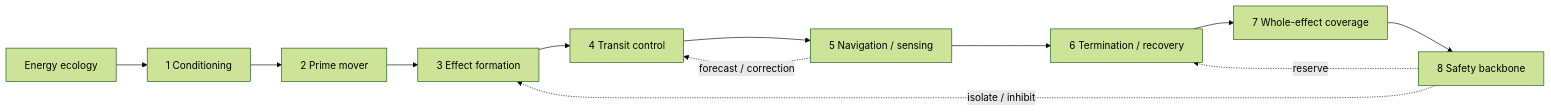
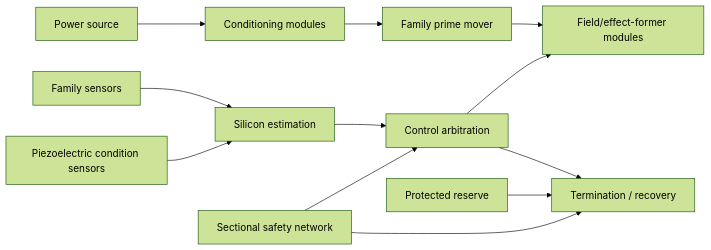
One commit to mrcalzon02/HB-TTRPG-tools changed the second of 4 diagrams in docs/blacklight/ARNOCK_FTL_FAMILY_EMBODIMENT_FIELD_MANUAL.md. Above: the diagram before and after it, drawn with Mermaid (forest theme). The commit also changed other lines of this file, not shown here.

Commit message:
Rewrite Ar'nock FTL field manual for modular solid-state technology

````diff
--- a/docs/blacklight/ARNOCK_FTL_FAMILY_EMBODIMENT_FIELD_MANUAL.md
+++ b/docs/blacklight/ARNOCK_FTL_FAMILY_EMBODIMENT_FIELD_MANUAL.md
@@ -110,14 +121,14 @@
 ```mermaid
 flowchart LR
-    E[Energy ecology] --> C[1 Conditioning]
-    C --> P[2 Prime mover]
-    P --> F[3 Effect formation]
-    F --> T[4 Transit control]
-    T --> N[5 Navigation / sensing]
-    N --> R[6 Termination / recovery]
-    R --> W[7 Whole-effect coverage]
-    W --> B[8 Safety backbone]
-    B -. isolate / inhibit .-> F
-    B -. reserve .-> R
-    N -. forecast / correction .-> T
+    A[Power source] --> B[Conditioning modules]
+    B --> C[Family prime mover]
+    C --> D[Field/effect-former modules]
+    E[Family sensors] --> F[Silicon estimation]
+    G[Piezoelectric condition sensors] --> F
+    F --> H[Control arbitration]
+    H --> D
+    H --> I[Termination / recovery]
+    J[Protected reserve] --> I
+    K[Sectional safety network] --> H
+    K --> I
 ```
````
